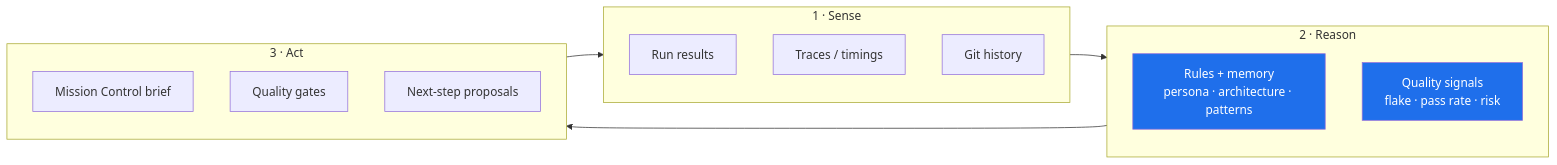
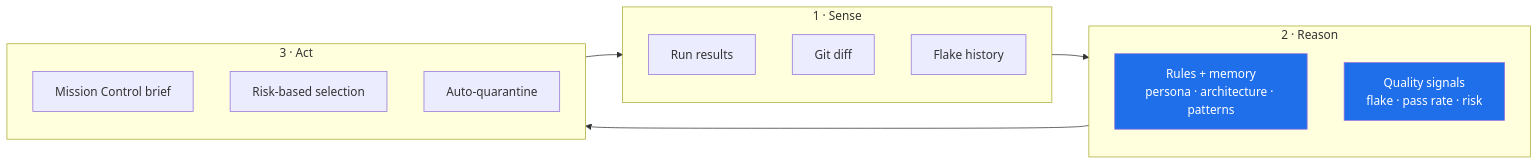
Before and after one commit to dev-shubhamsingh/playwright-e2e-framework: the diagram in tars/README.md, drawn with Mermaid. The commit also changed other lines of this file and 7 other files, not shown here.

First line of the commit message:
feat(tars): autonomous engines — risk-based selection + auto-quarantine

````diff
--- a/tars/README.md
+++ b/tars/README.md
@@ -47,20 +55,20 @@
 ```mermaid
 flowchart LR
     subgraph SENSE["1 · Sense"]
         R[Run results]
-        T[Traces / timings]
-        H[Git history]
+        T[Git diff]
+        H[Flake history]
     end
     subgraph REASON["2 · Reason"]
         M[Rules + memory<br/>persona · architecture · patterns]
         Q[Quality signals<br/>flake · pass rate · risk]
     end
     subgraph ACT["3 · Act"]
         B[Mission Control brief]
-        G[Quality gates]
-        N[Next-step proposals]
+        S[Risk-based selection]
+        QQ[Auto-quarantine]
     end
     SENSE --> REASON --> ACT --> SENSE
     classDef s fill:#1f6feb,color:#fff;
     class M,Q s;
 ```
````
